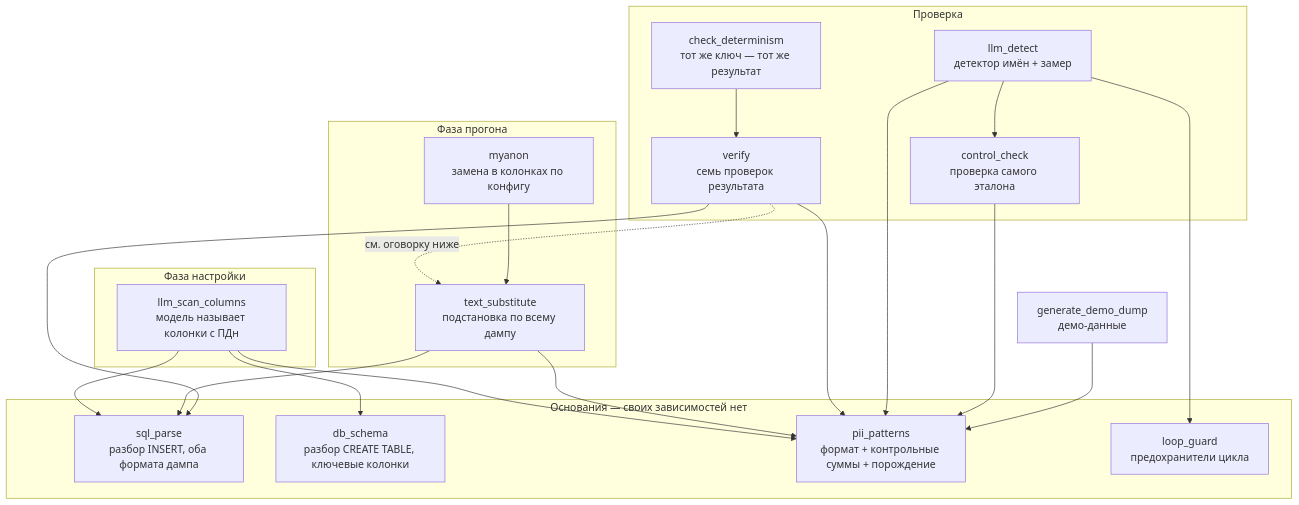
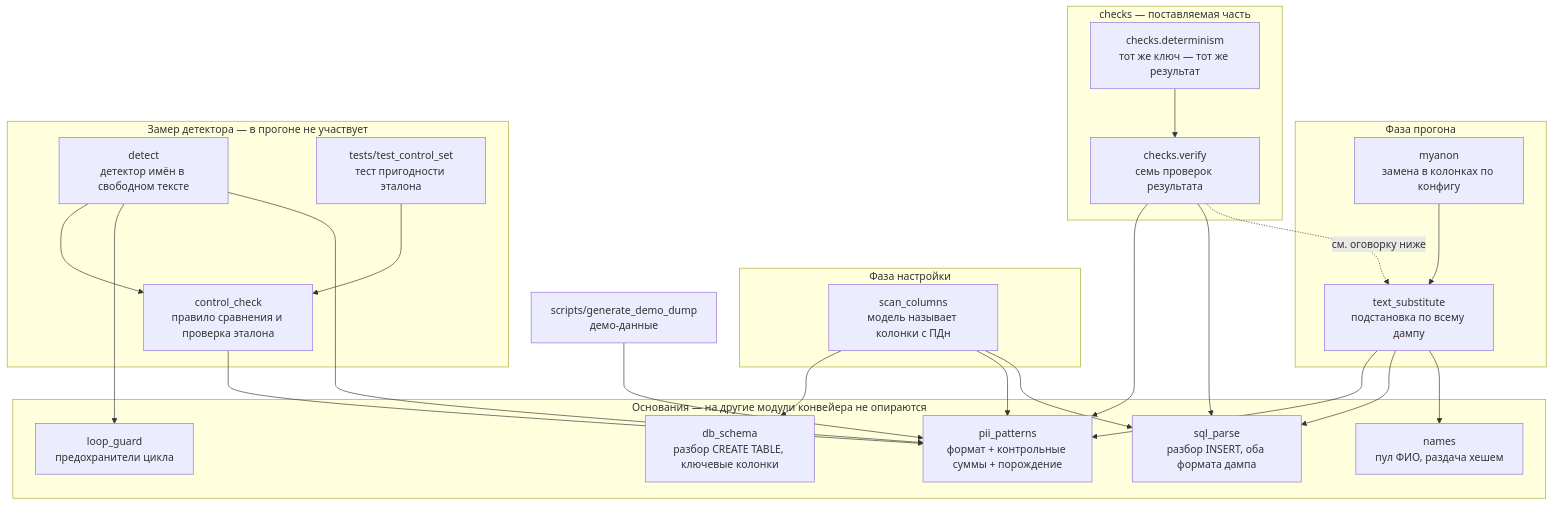
Before and after one commit to Andrey-Ostapenko/rusal-sanitizer: the diagram in README.md, drawn with Mermaid. The commit also changed other lines of this file, not shown here.

````diff
--- a/README.md
+++ b/README.md
@@ -149,47 +150,54 @@
 ```mermaid
 graph TD
-    subgraph Основания["Основания — своих зависимостей нет"]
+    subgraph Основания["Основания — на другие модули конвейера не опираются"]
         sql_parse["sql_parse<br/>разбор INSERT, оба формата дампа"]
         db_schema["db_schema<br/>разбор CREATE TABLE, ключевые колонки"]
         pii["pii_patterns<br/>формат + контрольные суммы + порождение"]
         guard["loop_guard<br/>предохранители цикла"]
+        names["names<br/>пул ФИО, раздача хешем"]
     end
 
     subgraph Настройка["Фаза настройки"]
-        scan["llm_scan_columns<br/>модель называет колонки с ПДн"]
+        scan["scan_columns<br/>модель называет колонки с ПДн"]
     end
 
     subgraph Прогон["Фаза прогона"]
         myanon["myanon<br/>замена в колонках по конфигу"]
         subst["text_substitute<br/>подстановка по всему дампу"]
     end
 
-    subgraph Проверка["Проверка"]
-        verify["verify<br/>семь проверок результата"]
-        determ["check_determinism<br/>тот же ключ — тот же результат"]
-        control["control_check<br/>проверка самого эталона"]
-        detect["llm_detect<br/>детектор имён + замер"]
+    subgraph Проверка["checks — поставляемая часть"]
+        verify["checks.verify<br/>семь проверок результата"]
+        determ["checks.determinism<br/>тот же ключ — тот же результат"]
     end
 
-    gen["generate_demo_dump<br/>демо-данные"]
+    subgraph Замер["Замер детектора — в прогоне не участвует"]
+        control["control_check<br/>правило сравнения и проверка эталона"]
+        detect["detect<br/>детектор имён в свободном тексте"]
+        test["tests/test_control_set<br/>тест пригодности эталона"]
+    end
+
+    gen["scripts/generate_demo_dump<br/>демо-данные"]
 
     scan --> db_schema
     scan --> pii
     scan --> sql_parse
 
     subst --> pii
     subst --> sql_parse
+    subst --> names
 
     verify --> pii
     verify --> sql_parse
     verify -.->|"см. оговорку ниже"| subst
     determ --> verify
 
     detect --> control
     detect --> guard
     detect --> pii
     control --> pii
+    test --> control
     gen --> pii
 
     myanon --> subst
 ```
````
